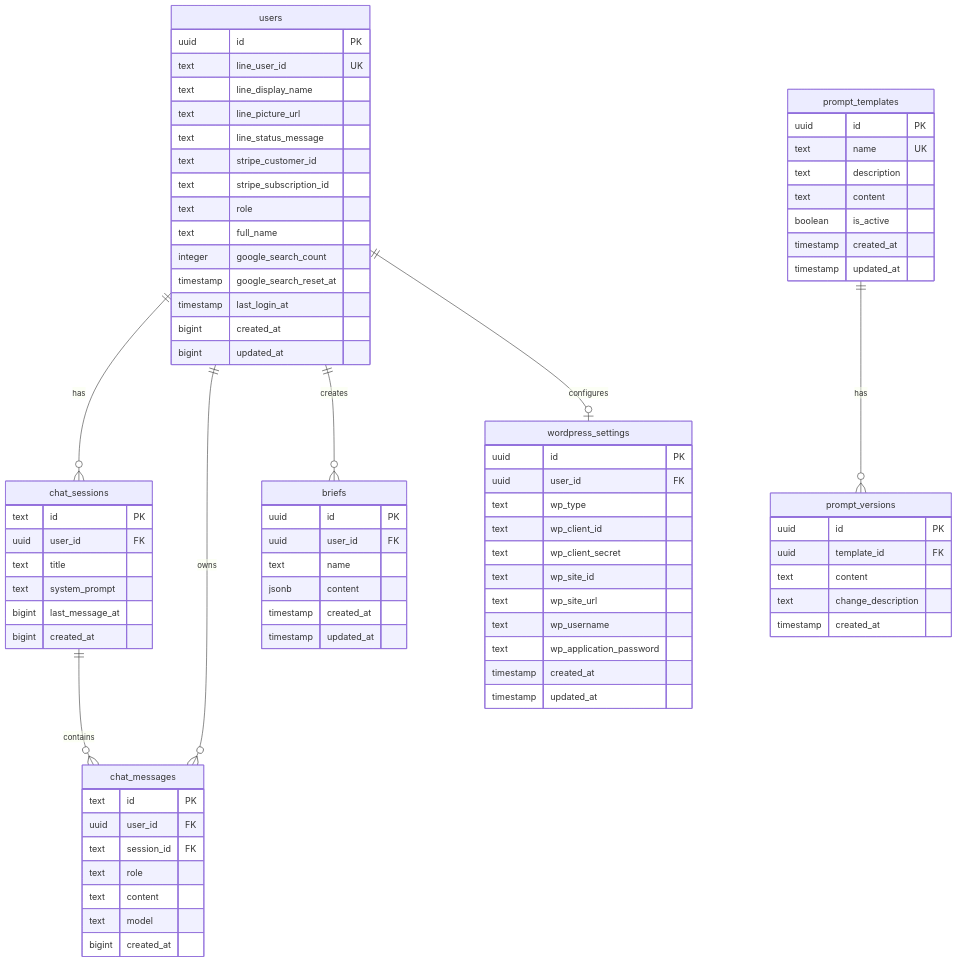
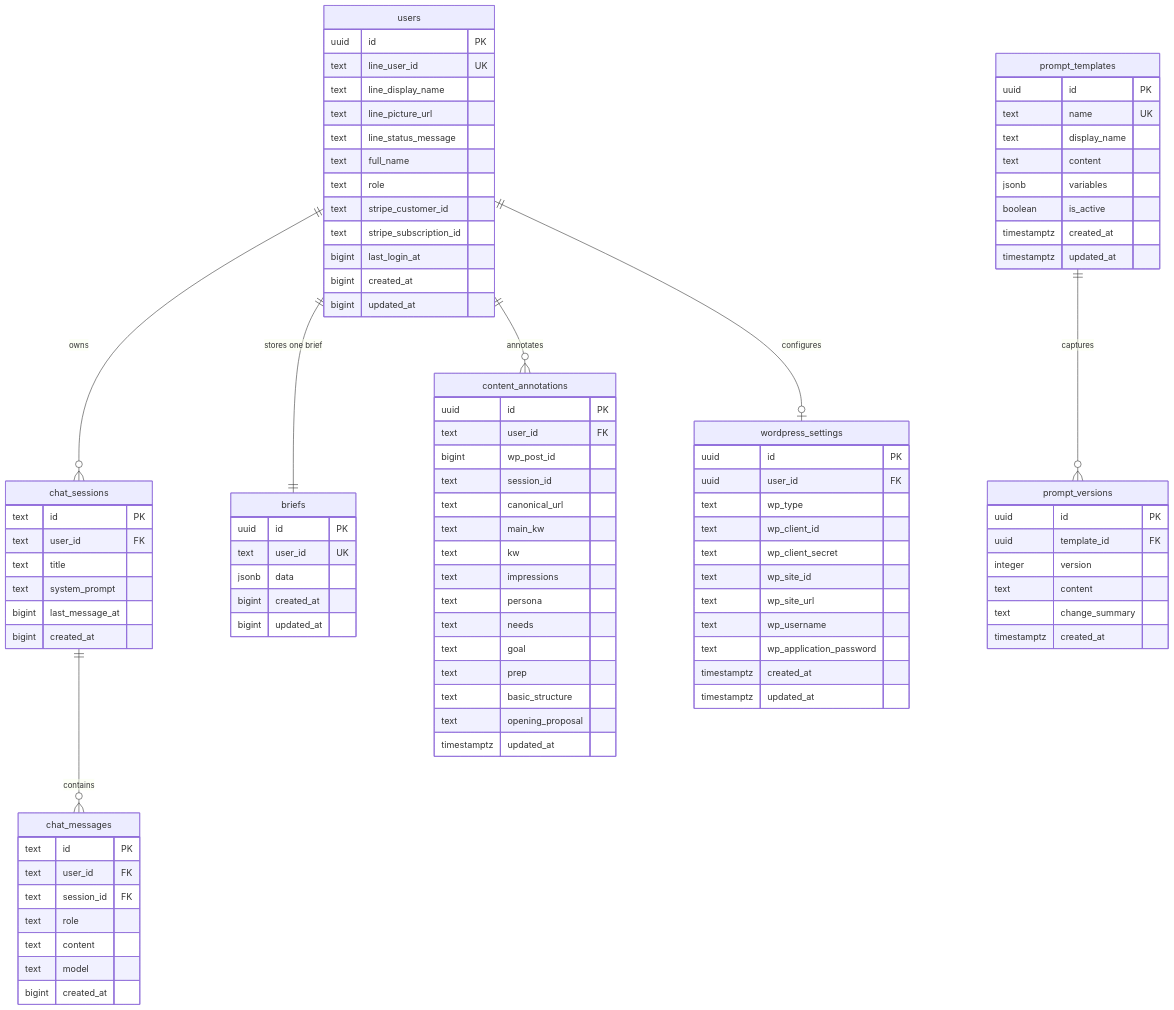
One commit to shoma-endo/industry-specific-mc-training changed the third of 3 diagrams in README.md. Above: the diagram before and after it, drawn with Mermaid. The commit also changed other lines of this file and 2 other files, not shown here.

````diff
--- a/README.md
+++ b/README.md
@@ -140,20 +168,18 @@
         text line_display_name
         text line_picture_url
         text line_status_message
+        text full_name
+        text role
         text stripe_customer_id
         text stripe_subscription_id
-        text role
-        text full_name
-        integer google_search_count
-        timestamp google_search_reset_at
-        timestamp last_login_at
+        bigint last_login_at
         bigint created_at
         bigint updated_at
     }
 
     chat_sessions {
         text id PK
-        uuid user_id FK
+        text user_id FK
         text title
         text system_prompt
         bigint last_message_at
@@ -162,12 +188,38 @@
 
     chat_messages {
         text id PK
-        uuid user_id FK
+        text user_id FK
         text session_id FK
         text role
         text content
         text model
         bigint created_at
+    }
+
+    briefs {
+        uuid id PK
+        text user_id UK
+        jsonb data
+        bigint created_at
+        bigint updated_at
+    }
+
+    content_annotations {
+        uuid id PK
+        text user_id FK
+        bigint wp_post_id
+        text session_id
+        text canonical_url
+        text main_kw
+        text kw
+        text impressions
+        text persona
+        text needs
+        text goal
+        text prep
+        text basic_structure
+        text opening_proposal
+        timestamptz updated_at
     }
 
     wordpress_settings {
@@ -180,43 +232,34 @@
         text wp_site_url
         text wp_username
         text wp_application_password
-        timestamp created_at
-        timestamp updated_at
+        timestamptz created_at
+        timestamptz updated_at
     }
-
 
     prompt_templates {
         uuid id PK
         text name UK
-        text description
+        text display_name
         text content
+        jsonb variables
         boolean is_active
-        timestamp created_at
-        timestamp updated_at
+        timestamptz created_at
+        timestamptz updated_at
     }
 
     prompt_versions {
         uuid id PK
         uuid template_id FK
+        integer version
         text content
-        text change_description
-        timestamp created_at
+        text change_summary
+        timestamptz created_at
     }
 
-    briefs {
-        uuid id PK
-        uuid user_id FK
-        text name
-        jsonb content
-        timestamp created_at
-        timestamp updated_at
-    }
-
-
-    users ||--o{ chat_sessions : has
-    users ||--o{ chat_messages : owns
-    users ||--o{ briefs : creates
+    users ||--o{ chat_sessions : owns
+    chat_sessions ||--o{ chat_messages : contains
+    users ||--|| briefs : "stores one brief"
+    users ||--o{ content_annotations : annotates
     users ||--o| wordpress_settings : configures
-    chat_sessions ||--o{ chat_messages : contains
-    prompt_templates ||--o{ prompt_versions : has
+    prompt_templates ||--o{ prompt_versions : captures
 ```
````
